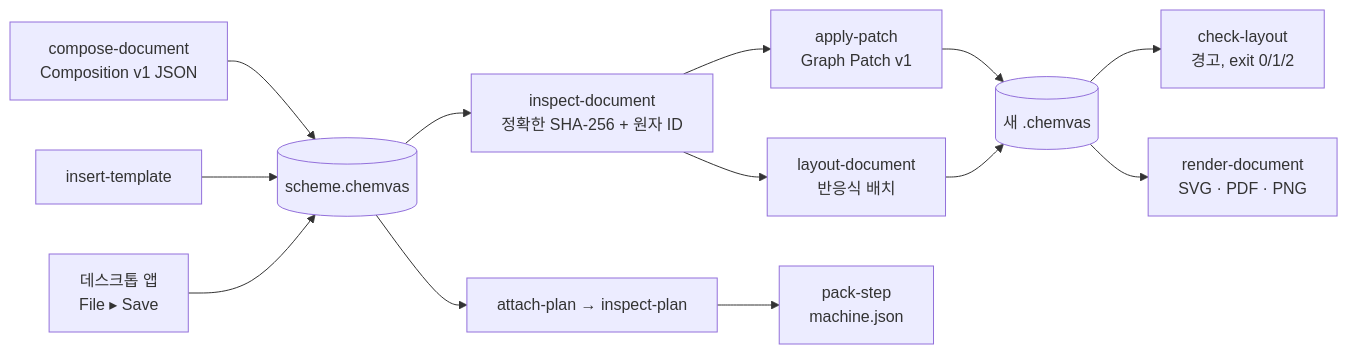
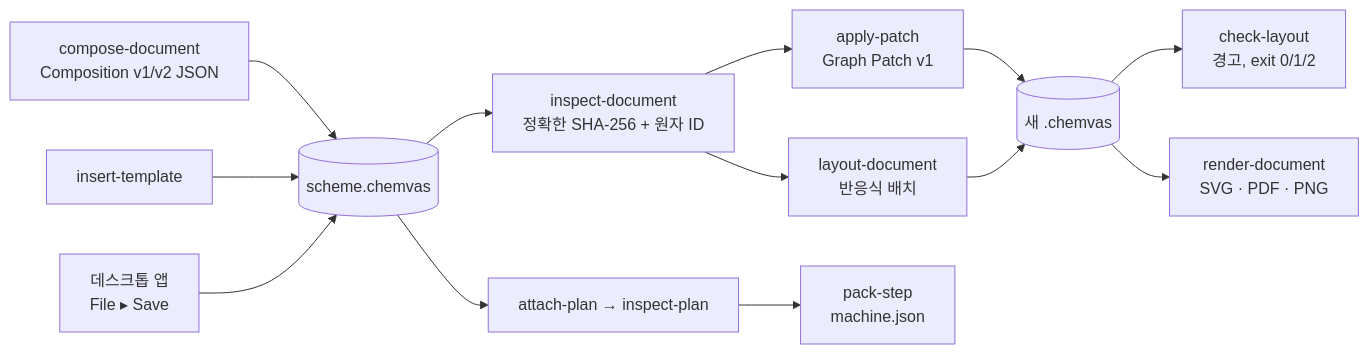
One commit to dhsohn/Chemvas changed the diagram in docs/AGENT_CLI.ko.md. Above: the diagram before and after it, drawn with Mermaid. The commit also changed other lines of this file and 95 other files, not shown here.

````diff
--- a/docs/AGENT_CLI.ko.md
+++ b/docs/AGENT_CLI.ko.md
@@ -13,15 +13,15 @@
 ```mermaid
 flowchart LR
-    compose["compose-document<br/>Composition v1 JSON"] --> doc[("scheme.chemvas")]
+    compose["compose-document<br/>Composition v1/v2 JSON"] --> doc[("scheme.chemvas")]
     template["insert-template"] --> doc
     desktop["데스크톱 앱<br/>File ▸ Save"] --> doc
     doc --> inspect["inspect-document<br/>정확한 SHA-256 + 원자 ID"]
     inspect --> patch["apply-patch<br/>Graph Patch v1"]
     inspect --> layout["layout-document<br/>반응식 배치"]
     patch --> revised[("새 .chemvas")]
     layout --> revised
     revised --> check["check-layout<br/>경고, exit 0/1/2"]
     revised --> render["render-document<br/>SVG · PDF · PNG"]
     doc --> plan["attach-plan → inspect-plan"]
     plan --> pack["pack-step<br/>machine.json"]
 ```
````
